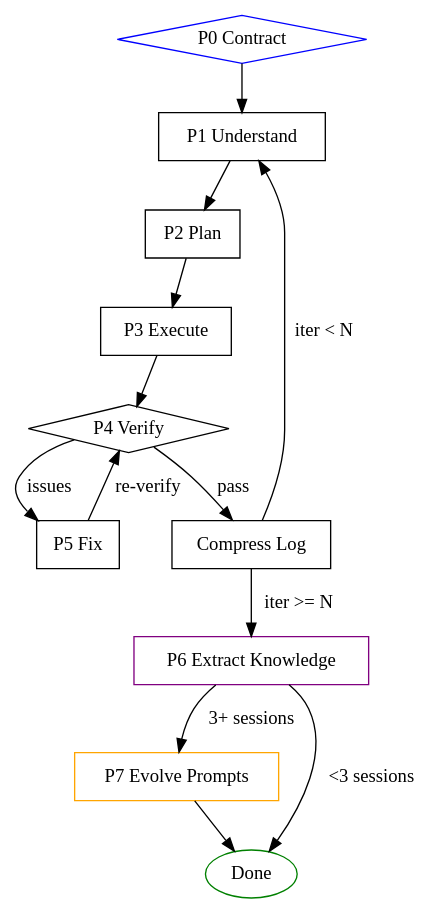
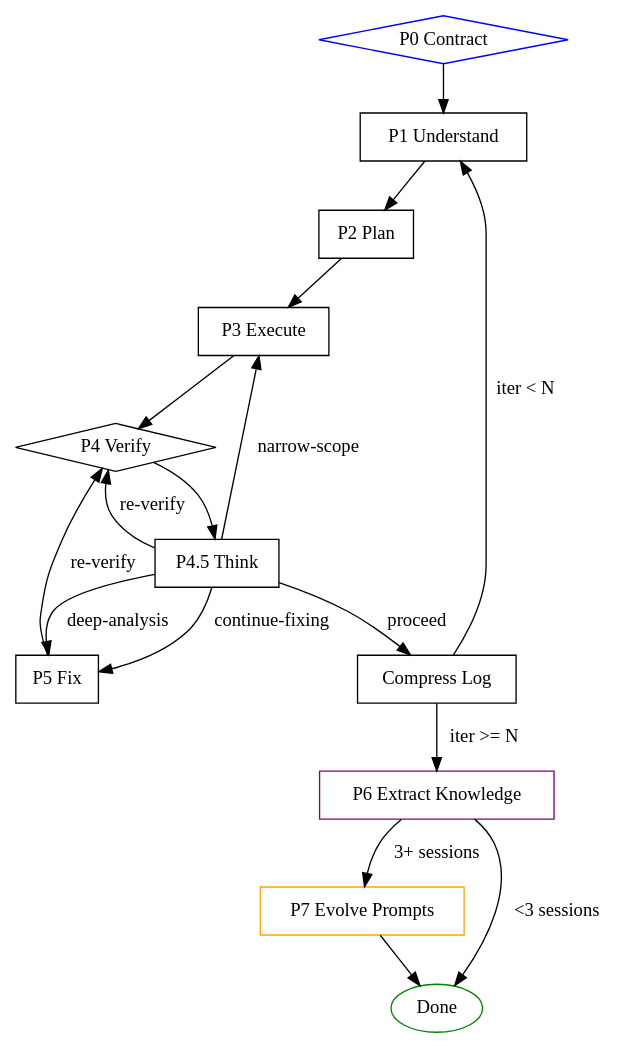
One commit to APX103/e-skills changed the diagram in skills/build/SKILL.md. Above: the diagram before and after it, drawn with Graphviz. The commit also changed other lines of this file, not shown here.

First line of the commit message:
feat: integrate Phase 4.5 think hooks into build skill

````diff
--- a/skills/build/SKILL.md
+++ b/skills/build/SKILL.md
@@ -56,19 +66,24 @@
 ```dot
 digraph { rankdir=TB; node[shape=box];
   P0[shape=diamond label="P0 Contract" color=blue];
   P1[label="P1 Understand"]; P2[label="P2 Plan"];
   P3[label="P3 Execute"]; P4[shape=diamond label="P4 Verify"];
-  P5[label="P5 Fix"]; CL[label="Compress Log"];
+  P45[label="P4.5 Think"]; P5[label="P5 Fix"];
+  CL[label="Compress Log"];
   P6[label="P6 Extract Knowledge" color=purple];
   P7[label="P7 Evolve Prompts" color=orange];
   Done[shape=oval label="Done" color=green];
-  P0->P1->P2->P3->P4;
-  P4->P5[label="issues"]; P5->P4[label="re-verify"];
-  P4->CL[label="pass"];
+  P0->P1->P2->P3->P4->P45;
+  P45->P5[label="continue-fixing"];
+  P45->P5[label="deep-analysis"];
+  P45->P3[label="narrow-scope"];
+  P45->P4[label="re-verify"];
+  P45->CL[label="proceed"];
+  P5->P4[label="re-verify"];
   CL->P1[label="iter < N"];
   CL->P6[label="iter >= N"];
   P6->P7[label="3+ sessions"];
   P6->Done[label="<3 sessions"];
   P7->Done;
 }
 ```
````
